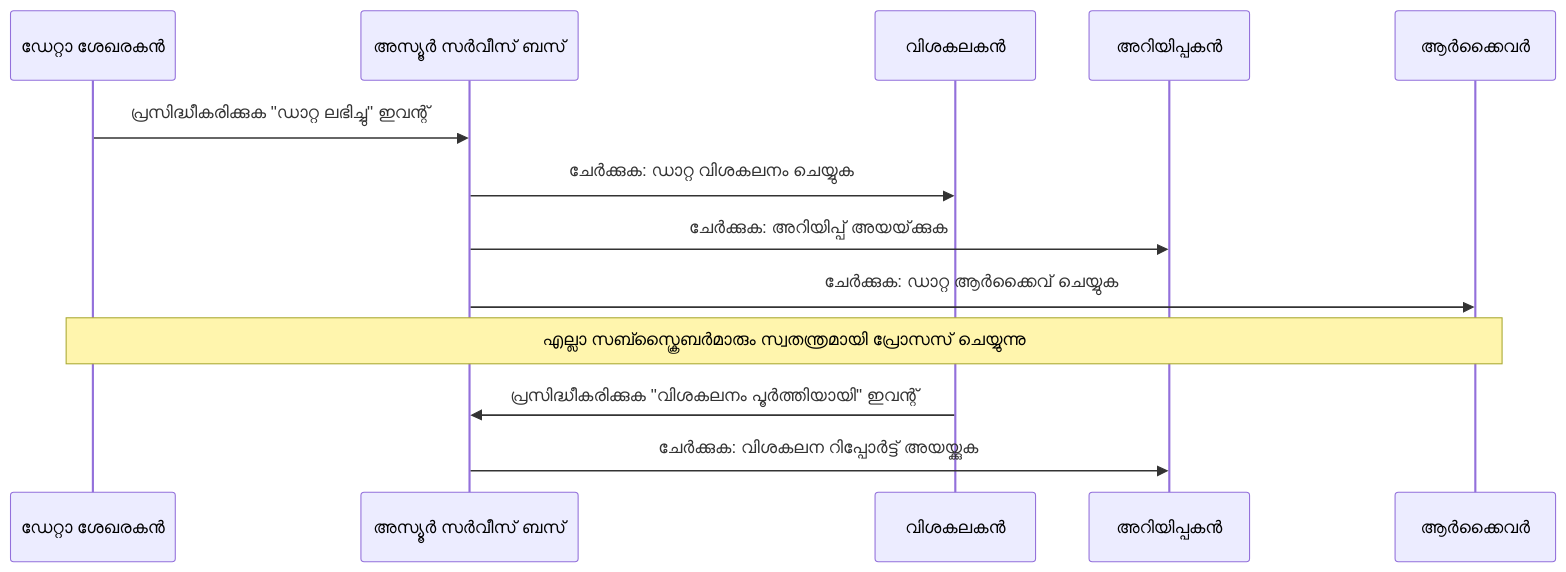
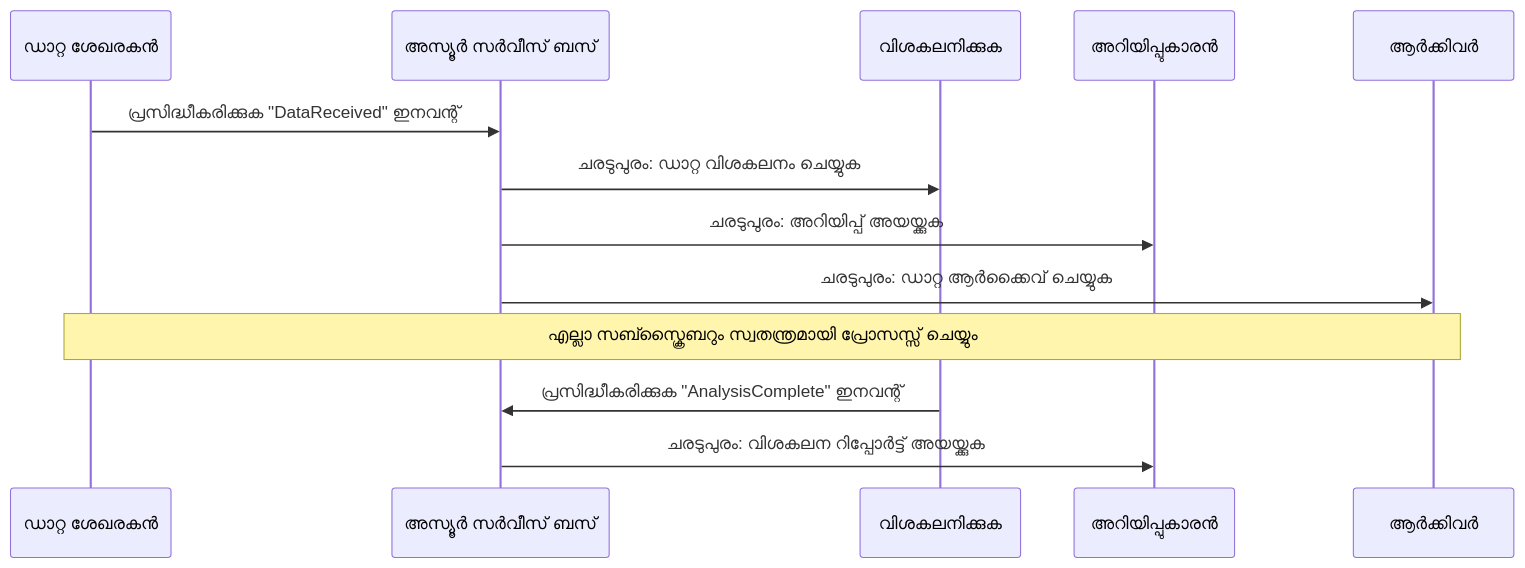
Before and after one commit to microsoft/AZD-for-beginners: the fourth of 6 diagrams in translations/ml/docs/chapter-06-pre-deployment/coordination-patterns.md, drawn with Mermaid. The commit also changed other lines of this file and 102 other files, not shown here.

````diff
--- a/translations/ml/docs/chapter-06-pre-deployment/coordination-patterns.md
+++ b/translations/ml/docs/chapter-06-pre-deployment/coordination-patterns.md
@@ -191,18 +185,18 @@
 ```mermaid
 sequenceDiagram
-    participant Agent1 as ഡേറ്റാ ശേഖരകൻ
+    participant Agent1 as ഡാറ്റ ശേഖരകൻ
     participant EventBus as അസ്യൂർ സർവീസ് ബസ്
-    participant Agent2 as വിശകലകൻ
-    participant Agent3 as അറിയിപ്പകൻ
-    participant Agent4 as ആർക്കൈവർ
+    participant Agent2 as വിശകലനിക്കുക
+    participant Agent3 as അറിയിപ്പുകാരൻ
+    participant Agent4 as ആർക്കിവർ
     
-    Agent1->>EventBus: പ്രസിദ്ധീകരിക്കുക "ഡാറ്റ ലഭിച്ചു" ഇവന്റ്
-    EventBus->>Agent2: ചേർക്കുക: ഡാറ്റ വിശകലനം ചെയ്യുക
-    EventBus->>Agent3: ചേർക്കുക: അറിയിപ്പ് അയയ്‌ക്കുക
-    EventBus->>Agent4: ചേർക്കുക: ഡാറ്റ ആർക്കൈവ് ചെയ്യുക
+    Agent1->>EventBus: പ്രസിദ്ധീകരിക്കുക "DataReceived" ഇനവന്റ്
+    EventBus->>Agent2: ചരടുപുരം: ഡാറ്റ വിശകലനം ചെയ്യുക
+    EventBus->>Agent3: ചരടുപുരം: അറിയിപ്പ് അയയ്ക്കുക
+    EventBus->>Agent4: ചരടുപുരം: ഡാറ്റ ആർക്കൈവ് ചെയ്യുക
     
-    Note over Agent1,Agent4: എല്ലാ സബ്സ്ക്രൈബർമാരും സ്വതന്ത്രമായി പ്രോസസ് ചെയ്യുന്നു
+    Note over Agent1,Agent4: എല്ലാ സബ്സ്ക്രൈബറും സ്വതന്ത്രമായി പ്രോസസ്സ് ചെയ്യും
     
-    Agent2->>EventBus: പ്രസിദ്ധീകരിക്കുക "വിശകലനം പൂർത്തിയായി" ഇവന്റ്
-    EventBus->>Agent3: ചേർക്കുക: വിശകലന റിപ്പോർട്ട് അയയ്ക്കുക
+    Agent2->>EventBus: പ്രസിദ്ധീകരിക്കുക "AnalysisComplete" ഇനവന്റ്
+    EventBus->>Agent3: ചരടുപുരം: വിശകലന റിപ്പോർട്ട് അയയ്ക്കുക
 ```
````
